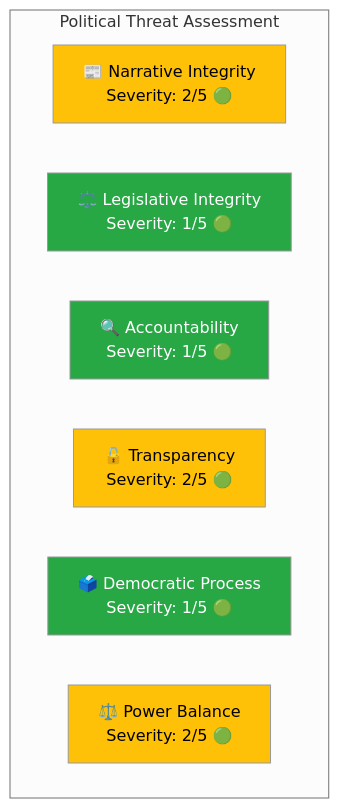
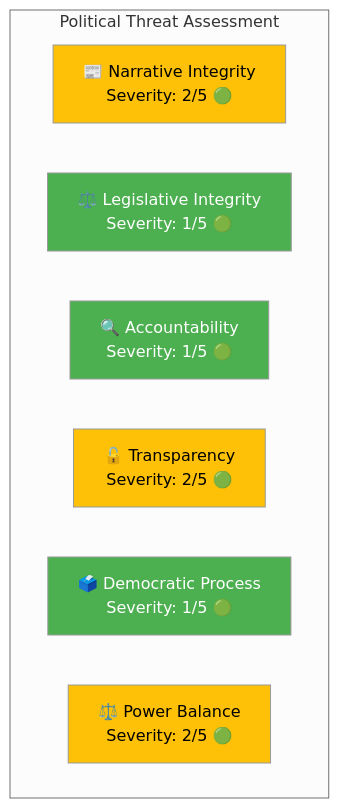
One commit to Hack23/riksdagsmonitor changed the diagram in analysis/daily/2026-04-01/motions/threat-analysis.md. Above: the diagram before and after it, drawn with Mermaid (neutral theme). The commit also changed 785 other files, not shown here.

First line of the commit message:
Normalize mermaid colors across 786 analysis artifacts to ISMS Style Guide palette

````diff
--- a/analysis/daily/2026-04-01/motions/threat-analysis.md
+++ b/analysis/daily/2026-04-01/motions/threat-analysis.md
@@ -15,17 +15,17 @@
 ```mermaid
 graph TD
     subgraph Threats["Political Threat Assessment"]
         NI["📰 Narrative Integrity<br/>Severity: 2/5 🟢"]
         LI["⚖️ Legislative Integrity<br/>Severity: 1/5 🟢"]
         AC["🔍 Accountability<br/>Severity: 1/5 🟢"]
         TR["🔓 Transparency<br/>Severity: 2/5 🟢"]
         DP["🗳️ Democratic Process<br/>Severity: 1/5 🟢"]
         PB["⚖️ Power Balance<br/>Severity: 2/5 🟢"]
     end
-    style NI fill:#ffc107,color:#000
-    style LI fill:#28a745,color:#fff
-    style AC fill:#28a745,color:#fff
-    style TR fill:#ffc107,color:#000
-    style DP fill:#28a745,color:#fff
-    style PB fill:#ffc107,color:#000
+    style NI fill:#FFC107,color:#000000
+    style LI fill:#4CAF50,color:#FFFFFF
+    style AC fill:#4CAF50,color:#FFFFFF
+    style TR fill:#FFC107,color:#000000
+    style DP fill:#4CAF50,color:#FFFFFF
+    style PB fill:#FFC107,color:#000000
 ```
````
